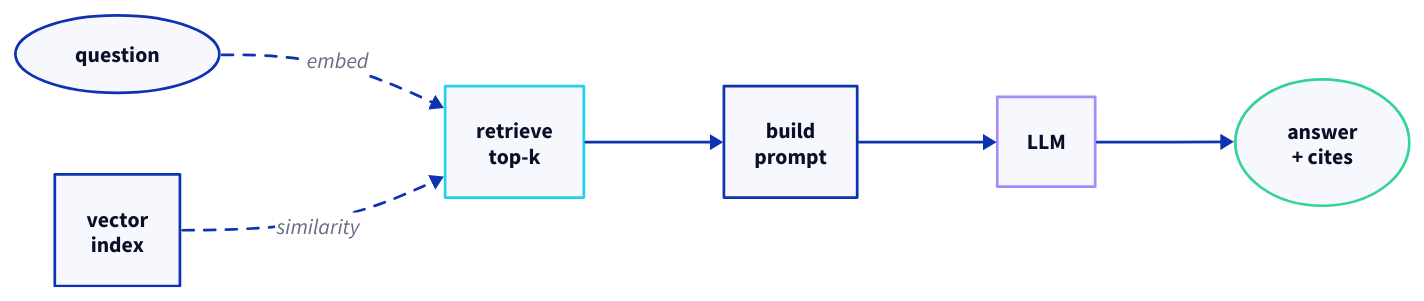
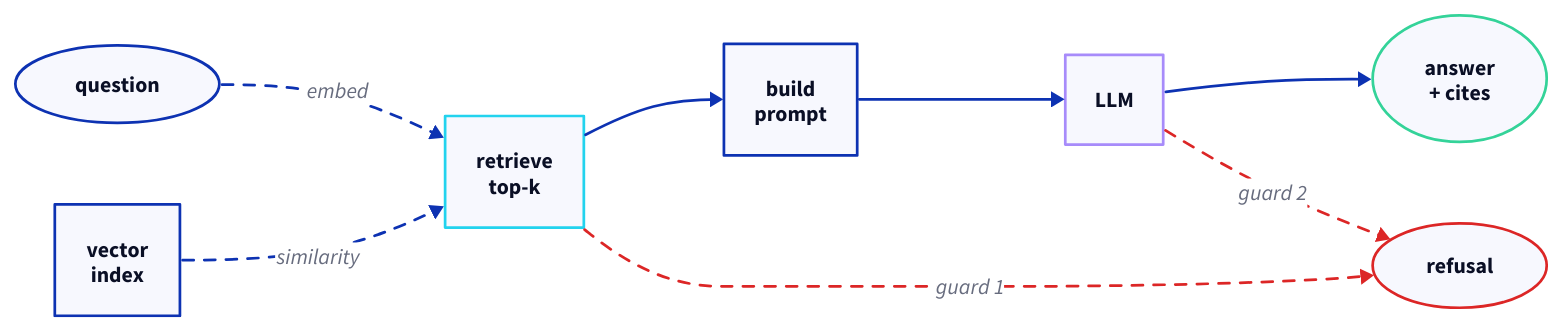
Before and after one commit to michael-duren/rubber-duck: the second of 2 diagrams in courses/rag-from-scratch-python.md, drawn with D2. The commit also changed other lines of this file and 29 other files, not shown here.

````diff
--- a/courses/rag-from-scratch-python.md
+++ b/courses/rag-from-scratch-python.md
@@ -670,12 +673,15 @@
 ```d2
 direction: right
 q: "question" {shape: oval}
 retrieve: "retrieve\ntop-k" {style.stroke: "#22d3ee"; style.stroke-width: 2}
 idx: "vector\nindex"
 prompt: "build\nprompt"
 llm: "LLM" {style.stroke: "#a78bfa"; style.stroke-width: 2}
 ans: "answer\n+ cites" {shape: oval; style.stroke: "#34d399"; style.stroke-width: 2}
+refuse: "refusal" {shape: oval; style.stroke: "#dc2626"; style.stroke-width: 2}
 q -> retrieve: "embed" {style.stroke-dash: 4}
 idx -> retrieve: "similarity" {style.stroke-dash: 4}
 retrieve -> prompt -> llm -> ans
+retrieve -> refuse: "guard 1" {style.stroke: "#dc2626"; style.stroke-dash: 4}
+llm -> refuse: "guard 2" {style.stroke: "#dc2626"; style.stroke-dash: 4}
 ```
````
